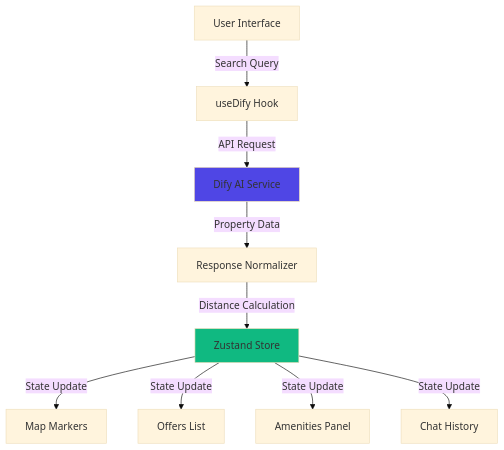
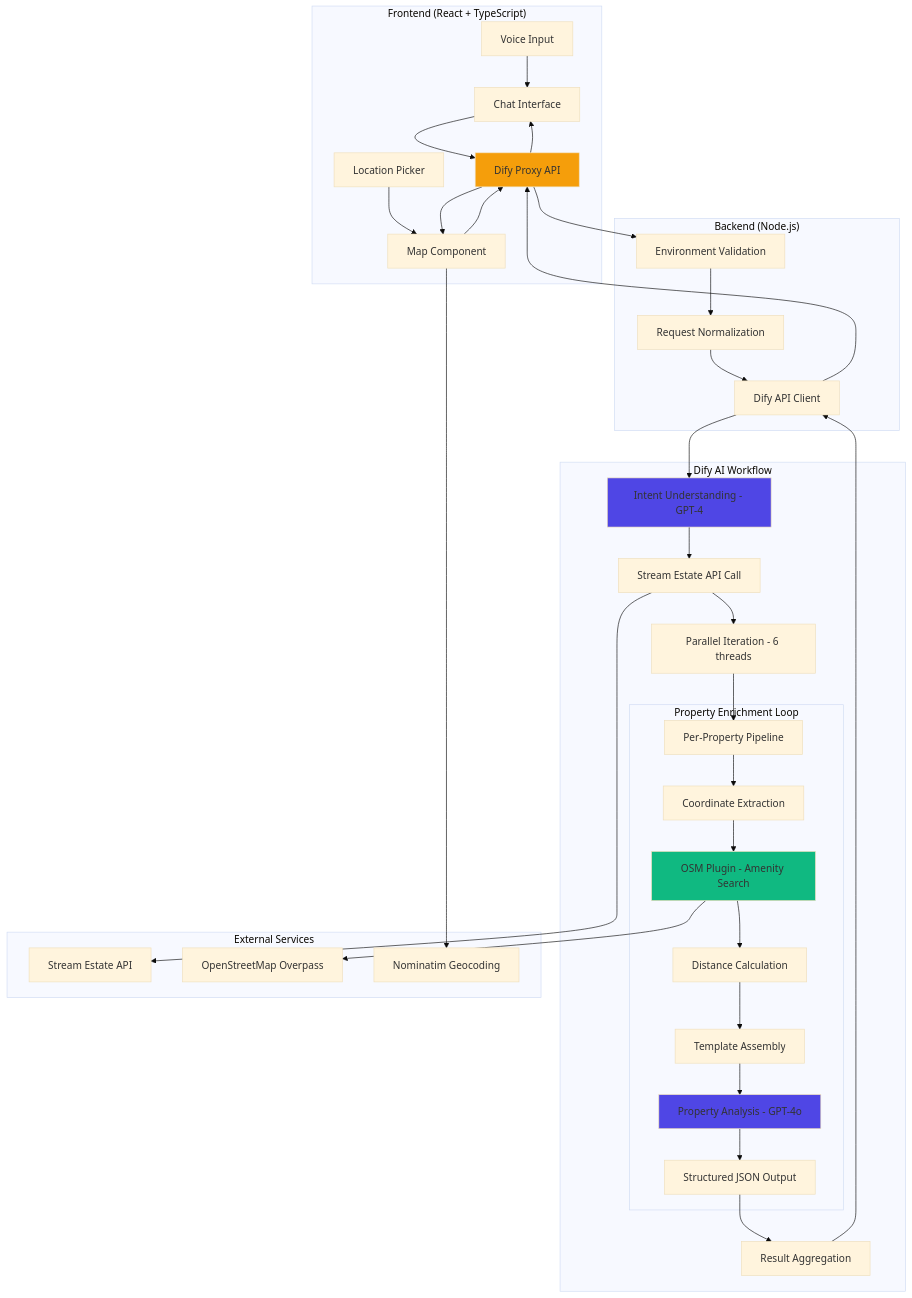
One commit to Icon1cc/NestAI-Agent changed the diagram in README.md. Above: the diagram before and after it, drawn with Mermaid (base theme). The commit also changed other lines of this file, not shown here.

````diff
--- a/README.md
+++ b/README.md
@@ -107,14 +103,49 @@
 ```mermaid
-graph TD
-    A[User Interface] -->|Search Query| B[useDify Hook]
-    B -->|API Request| C[Dify AI Service]
-    C -->|Property Data| D[Response Normalizer]
-    D -->|Distance Calculation| E[Zustand Store]
-    E -->|State Update| F[Map Markers]
-    E -->|State Update| G[Offers List]
-    E -->|State Update| H[Amenities Panel]
-    E -->|State Update| I[Chat History]
+graph TB
+    subgraph "Frontend (React + TypeScript)"
+        A[Voice Input] --> B[Chat Interface]
+        C[Location Picker] --> D[Map Component]
+        B --> E[Dify Proxy API]
+        D --> E
+    end
     
-    style C fill:#4f46e5
-    style E fill:#10b981
+    subgraph "Backend (Node.js)"
+        E --> F[Environment Validation]
+        F --> G[Request Normalization]
+        G --> H[Dify API Client]
+    end
+    
+    subgraph "Dify AI Workflow"
+        H --> I[Intent Understanding - GPT-4]
+        I --> J[Stream Estate API Call]
+        J --> K[Parallel Iteration - 6 threads]
+        K --> L[Per-Property Pipeline]
+        
+        subgraph "Property Enrichment Loop"
+            L --> M[Coordinate Extraction]
+            M --> N[OSM Plugin - Amenity Search]
+            N --> O[Distance Calculation]
+            O --> P[Template Assembly]
+            P --> Q[Property Analysis - GPT-4o]
+            Q --> R[Structured JSON Output]
+        end
+        
+        R --> S[Result Aggregation]
+    end
+    
+    subgraph "External Services"
+        J --> T[Stream Estate API]
+        N --> U[OpenStreetMap Overpass]
+        D --> V[Nominatim Geocoding]
+    end
+    
+    S --> H
+    H --> E
+    E --> B
+    E --> D
+    
+    style I fill:#4f46e5
+    style Q fill:#4f46e5
+    style N fill:#10b981
+    style E fill:#f59e0b
 ```
````
